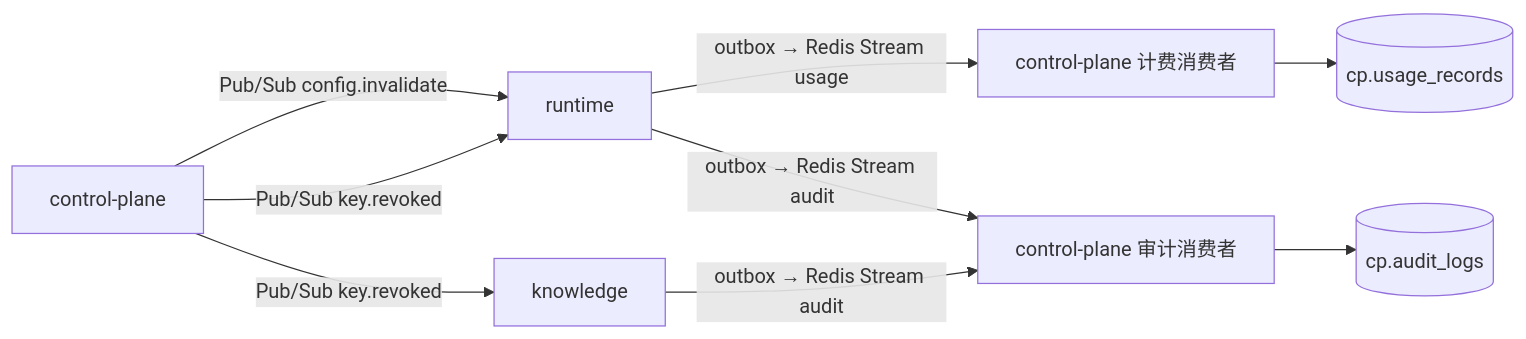
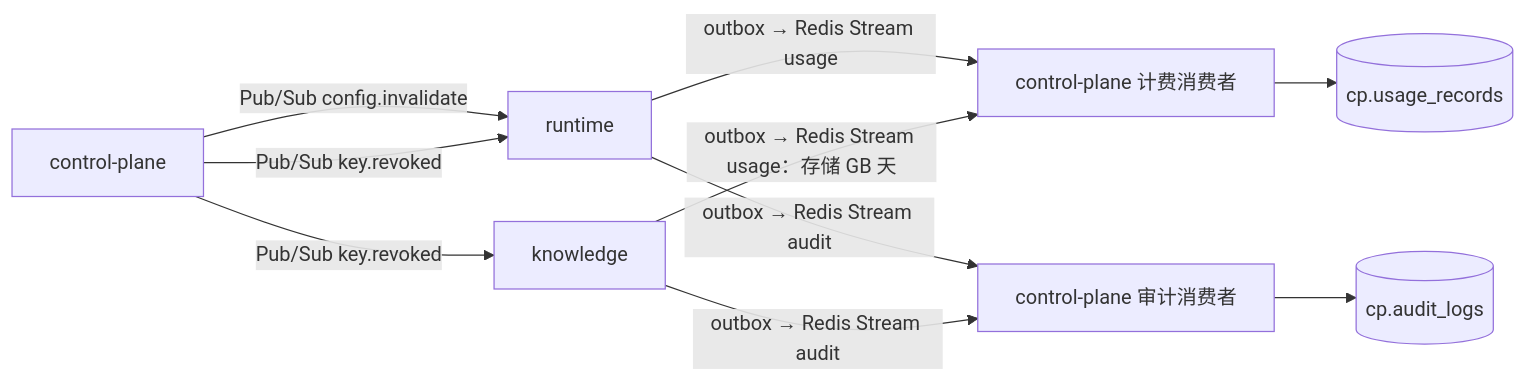
Before and after one commit to Refinex-Space/agent-meridian: the fourth of 6 diagrams in docs/architecture/architecture.md, drawn with Mermaid. The commit also changed other lines of this file and 78 other files, not shown here.

````diff
--- a/docs/architecture/architecture.md
+++ b/docs/architecture/architecture.md
@@ -373,8 +379,9 @@
 ```mermaid
 flowchart LR
     RT[runtime] -->|outbox → Redis Stream usage| CPB[control-plane 计费消费者] --> UR[(cp.usage_records)]
     RT -->|outbox → Redis Stream audit| CPA[control-plane 审计消费者] --> AL[(cp.audit_logs)]
     KB[knowledge] -->|outbox → Redis Stream audit| CPA
+    KB -->|outbox → Redis Stream usage：存储 GB 天| CPB
     CP[control-plane] -->|Pub/Sub config.invalidate| RT
     CP -->|Pub/Sub key.revoked| RT & KB
 ```
````
